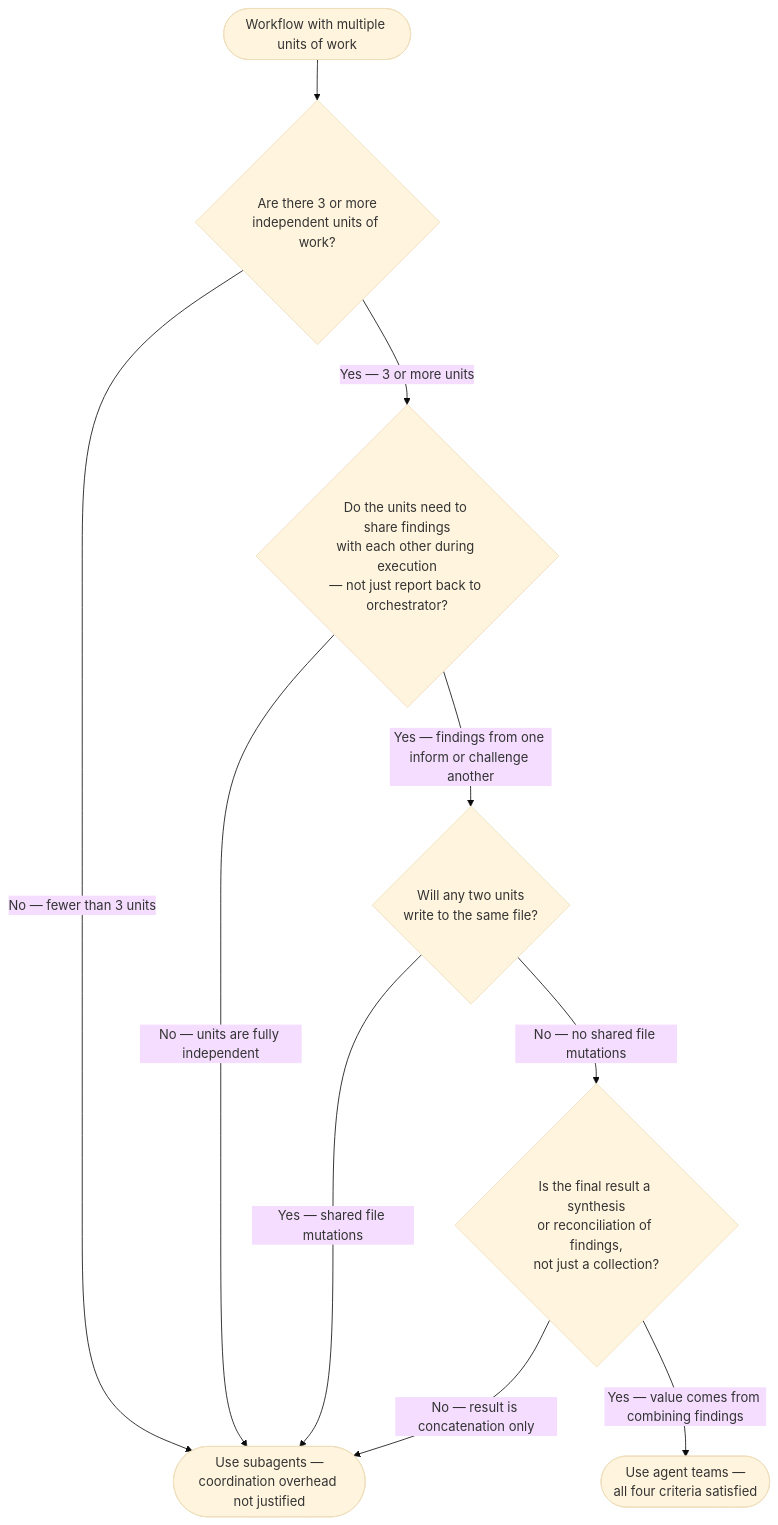
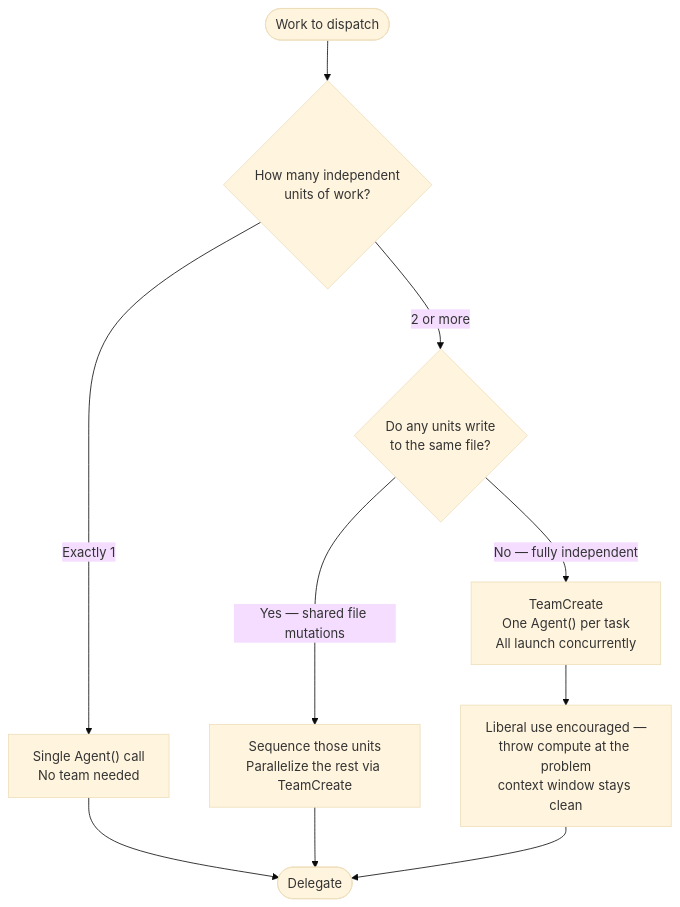
Before and after one commit to chgreer1070/claude_skills: the eighth of 8 diagrams in plugins/agent-orchestration/skills/agent-orchestration/SKILL.md, drawn with Mermaid (base theme). The commit also changed other lines of this file and 2 other files, not shown here.

First line of the commit message:
docs(agent-orchestration): reframe teams as standard parallel dispatch, encourage liberal agent use

````diff
--- a/plugins/agent-orchestration/skills/agent-orchestration/SKILL.md
+++ b/plugins/agent-orchestration/skills/agent-orchestration/SKILL.md
@@ -734,18 +736,15 @@
 ```mermaid
 flowchart TD
-    Start(["Workflow with multiple units of work"]) --> Q1{"Are there 3 or more<br>independent units of work?"}
-    Q1 -->|"No — fewer than 3 units"| UseSubagents(["Use subagents —<br>coordination overhead not justified"])
-    Q1 -->|"Yes — 3 or more units"| Q2
+    Start(["Work to dispatch"]) --> Q1{"How many independent<br>units of work?"}
+    Q1 -->|"Exactly 1"| Single["Single Agent() call<br>No team needed"]
+    Q1 -->|"2 or more"| Q2
 
-    Q2{"Do the units need to share findings<br>with each other during execution<br>— not just report back to orchestrator?"}
-    Q2 -->|"No — units are fully independent"| UseSubagents
-    Q2 -->|"Yes — findings from one inform or challenge another"| Q3
+    Q2{"Do any units write<br>to the same file?"}
+    Q2 -->|"Yes — shared file mutations"| Serialize["Sequence those units<br>Parallelize the rest via TeamCreate"]
+    Q2 -->|"No — fully independent"| Teams["TeamCreate<br>One Agent() per task<br>All launch concurrently"]
 
-    Q3{"Will any two units<br>write to the same file?"}
-    Q3 -->|"Yes — shared file mutations"| UseSubagents
-    Q3 -->|"No — no shared file mutations"| Q4
-
-    Q4{"Is the final result a synthesis<br>or reconciliation of findings,<br>not just a collection?"}
-    Q4 -->|"No — result is concatenation only"| UseSubagents
-    Q4 -->|"Yes — value comes from combining findings"| UseTeams(["Use agent teams —<br>all four criteria satisfied"])
+    Teams --> Liberal["Liberal use encouraged —<br>throw compute at the problem<br>context window stays clean"]
+    Single --> Done(["Delegate"])
+    Serialize --> Done
+    Liberal --> Done
 ```
````
